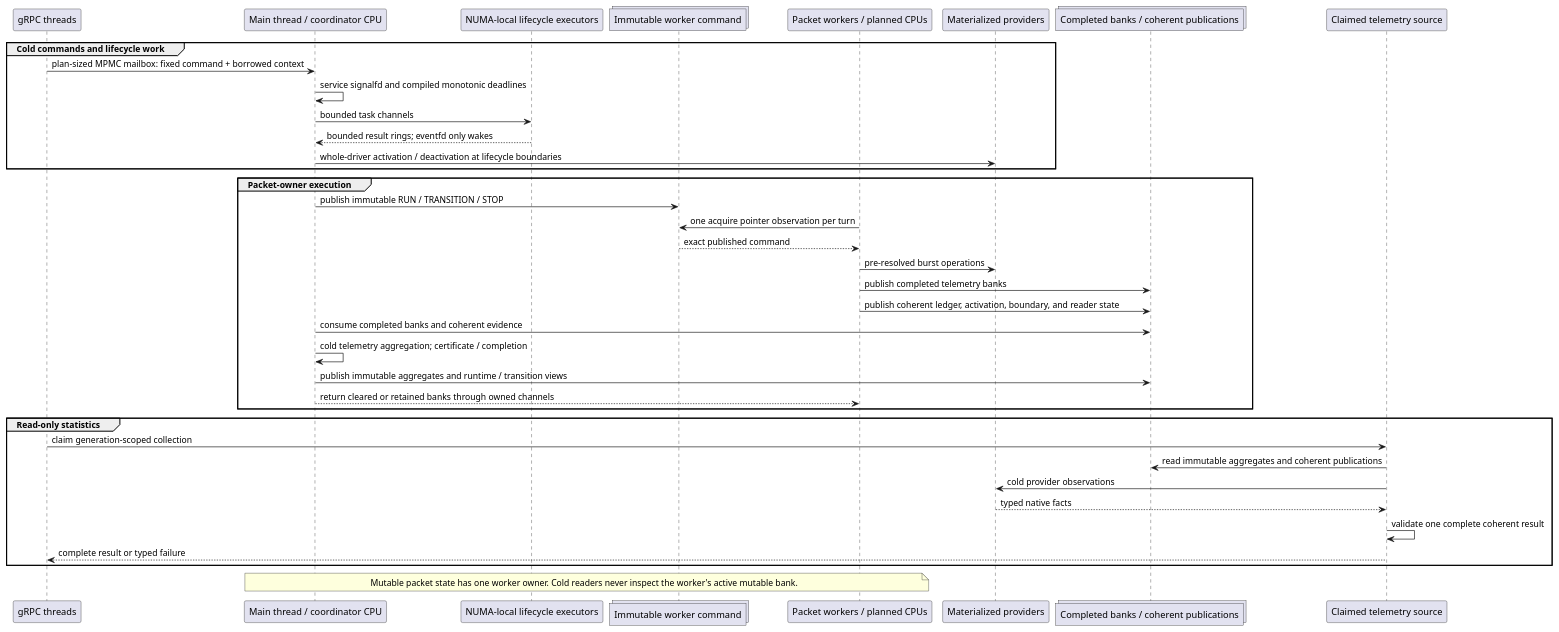
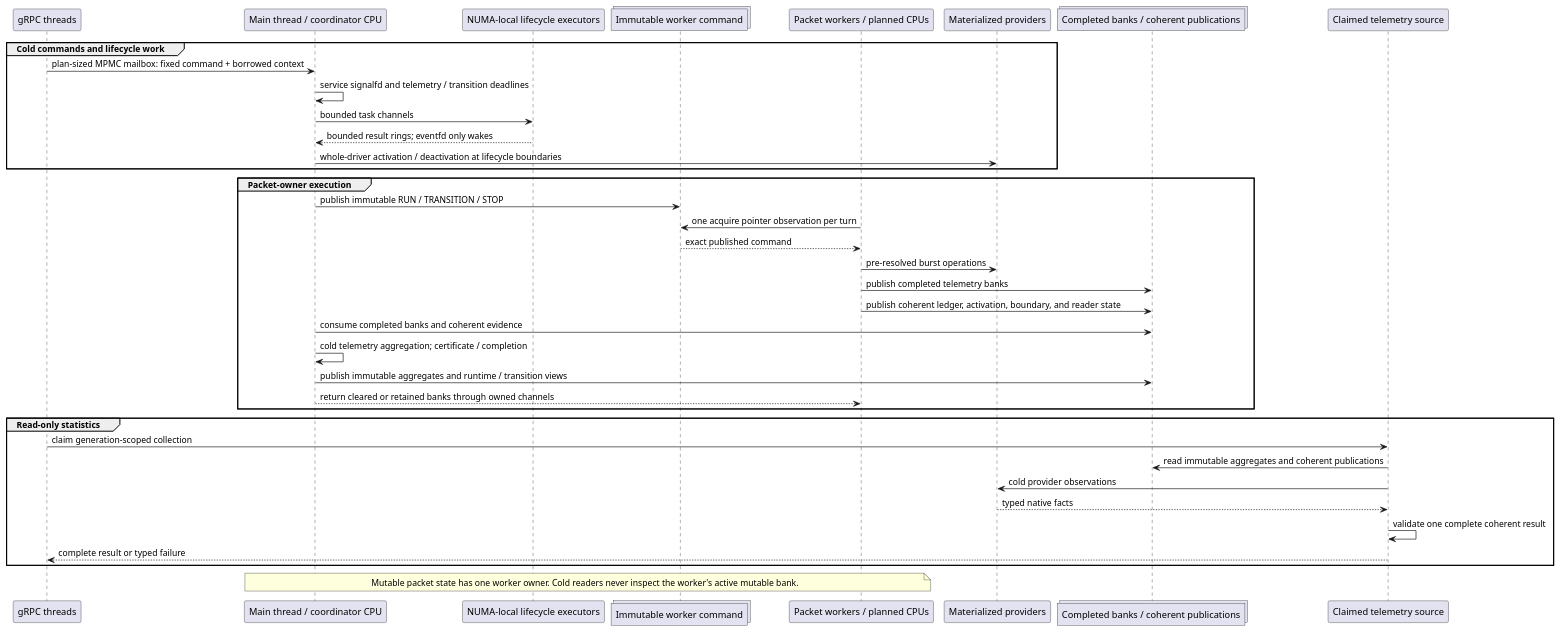
Before and after one commit to flemingpatel/kinetum: diagram 22 of 30 in docs/diagrams/platform_architecture.md, drawn with PlantUML. The commit also changed other lines of this file and 15 other files, not shown here.

````diff
--- a/docs/diagrams/platform_architecture.md
+++ b/docs/diagrams/platform_architecture.md
@@ -1815,41 +1815,41 @@
 ```{uml}
 @startuml
 participant "gRPC threads" as RPC
 participant "Main thread / coordinator CPU" as C
 participant "NUMA-local lifecycle executors" as L
 collections "Immutable worker command" as CMD
 participant "Packet workers / planned CPUs" as W
 participant "Materialized providers" as P
 collections "Completed banks / coherent publications" as OBS
 participant "Claimed telemetry source" as S
 
 group Cold commands and lifecycle work
     RPC->C: plan-sized MPMC mailbox: fixed command + borrowed context
-    C->C: service signalfd and compiled monotonic deadlines
+    C->C: service signalfd and telemetry / transition deadlines
     C->L: bounded task channels
     L-->C: bounded result rings; eventfd only wakes
     C->P: whole-driver activation / deactivation at lifecycle boundaries
 end
 group Packet-owner execution
     C->CMD: publish immutable RUN / TRANSITION / STOP
     W->CMD: one acquire pointer observation per turn
     CMD-->W: exact published command
     W->P: pre-resolved burst operations
     W->OBS: publish completed telemetry banks
     W->OBS: publish coherent ledger, activation, boundary, and reader state
     C->OBS: consume completed banks and coherent evidence
     C->C: cold telemetry aggregation; certificate / completion
     C->OBS: publish immutable aggregates and runtime / transition views
     C-->W: return cleared or retained banks through owned channels
 end
 group Read-only statistics
     RPC->S: claim generation-scoped collection
     S->OBS: read immutable aggregates and coherent publications
     S->P: cold provider observations
     P-->S: typed native facts
     S->S: validate one complete coherent result
     S-->RPC: complete result or typed failure
 end
 note over C,W: Mutable packet state has one worker owner. Cold readers never inspect the worker's active mutable bank.
 @enduml
 ```
````
